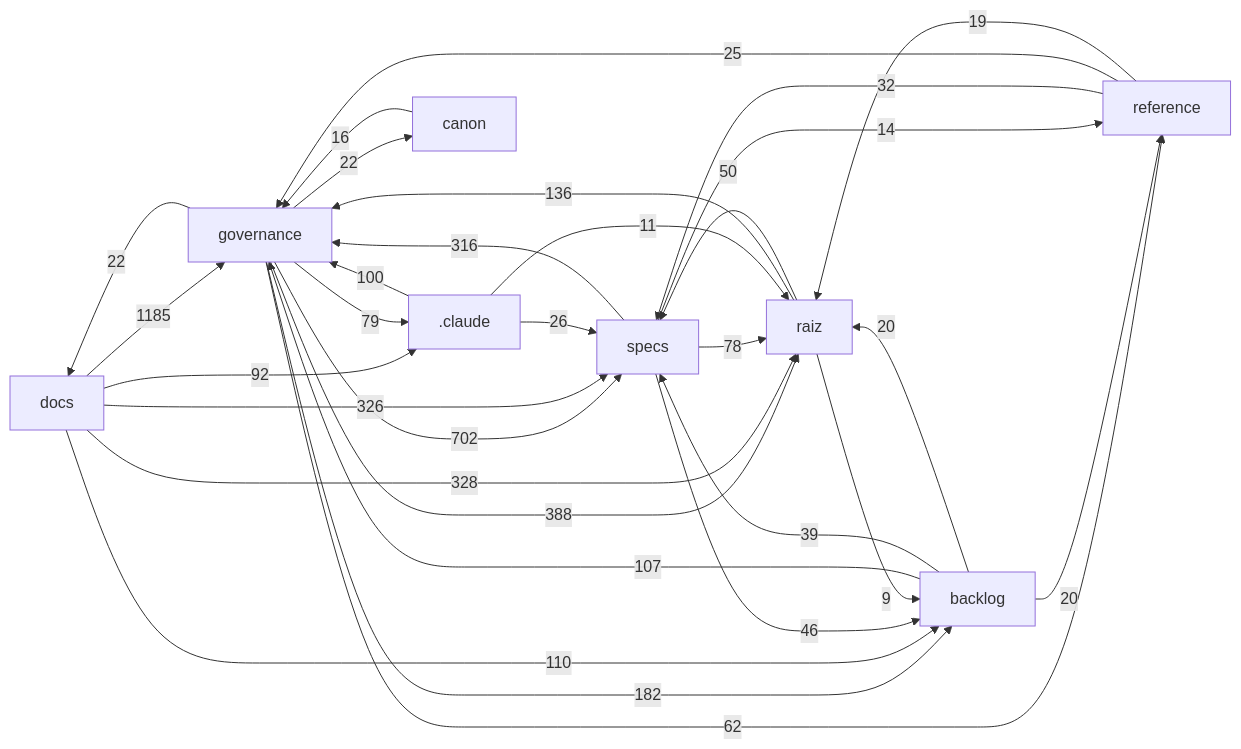
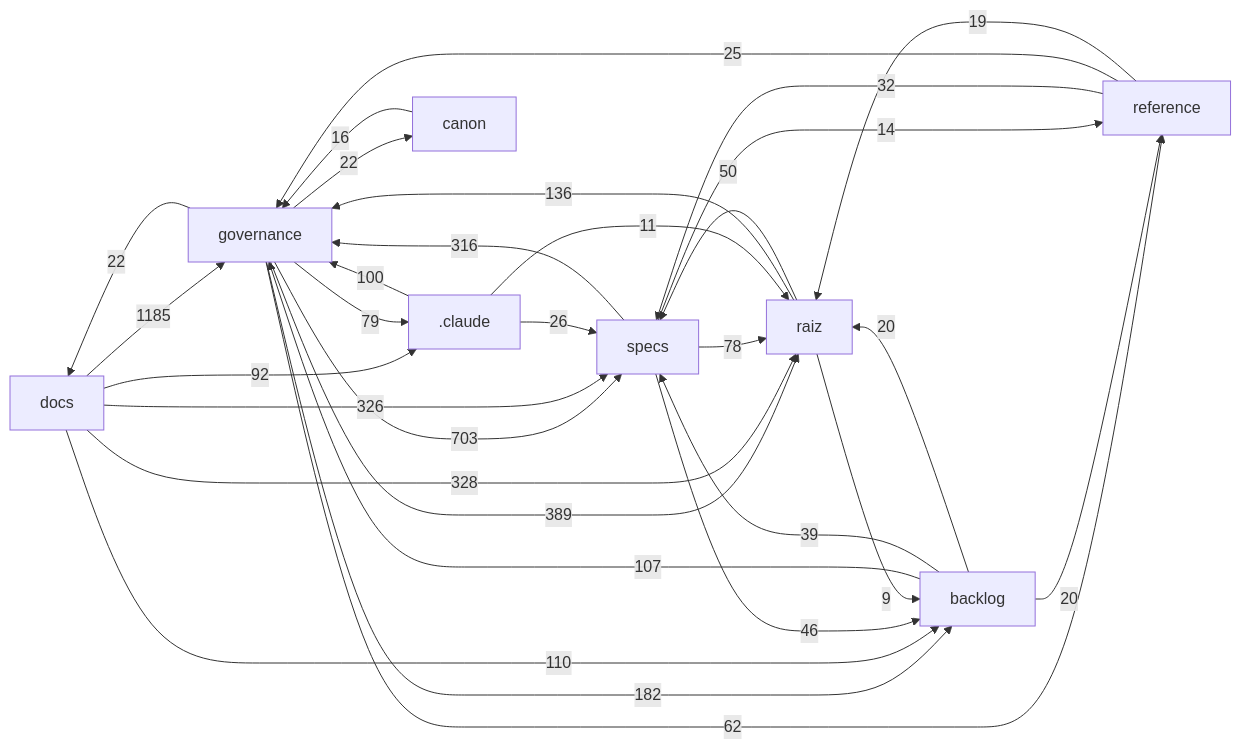
One commit to Andraus35/Sistema-Operacional-de-Trading--SOT changed the diagram in docs/mapa/MAPA-PROJETO.md. Above: the diagram before and after it, drawn with Mermaid. The commit also changed other lines of this file and 2 other files, not shown here.

````diff
--- a/docs/mapa/MAPA-PROJETO.md
+++ b/docs/mapa/MAPA-PROJETO.md
@@ -29,33 +29,33 @@
 ```mermaid
 flowchart LR
   docs["docs"] -->|1185| governance["governance"]
-  governance["governance"] -->|702| specs["specs"]
-  governance["governance"] -->|388| raiz["raiz"]
+  governance["governance"] -->|703| specs["specs"]
+  governance["governance"] -->|389| raiz["raiz"]
   docs["docs"] -->|328| raiz["raiz"]
   docs["docs"] -->|326| specs["specs"]
   specs["specs"] -->|316| governance["governance"]
   governance["governance"] -->|182| backlog["backlog"]
   raiz["raiz"] -->|136| governance["governance"]
   docs["docs"] -->|110| backlog["backlog"]
   backlog["backlog"] -->|107| governance["governance"]
   _claude[".claude"] -->|100| governance["governance"]
   docs["docs"] -->|92| _claude[".claude"]
   governance["governance"] -->|79| _claude[".claude"]
   specs["specs"] -->|78| raiz["raiz"]
   governance["governance"] -->|62| reference["reference"]
   raiz["raiz"] -->|50| specs["specs"]
   specs["specs"] -->|46| backlog["backlog"]
   backlog["backlog"] -->|39| specs["specs"]
   reference["reference"] -->|32| specs["specs"]
   _claude[".claude"] -->|26| specs["specs"]
   reference["reference"] -->|25| governance["governance"]
   governance["governance"] -->|22| docs["docs"]
   governance["governance"] -->|22| canon["canon"]
   backlog["backlog"] -->|20| raiz["raiz"]
   backlog["backlog"] -->|20| reference["reference"]
   reference["reference"] -->|19| raiz["raiz"]
   canon["canon"] -->|16| governance["governance"]
   specs["specs"] -->|14| reference["reference"]
   _claude[".claude"] -->|11| raiz["raiz"]
   raiz["raiz"] -->|9| backlog["backlog"]
 ```
````
